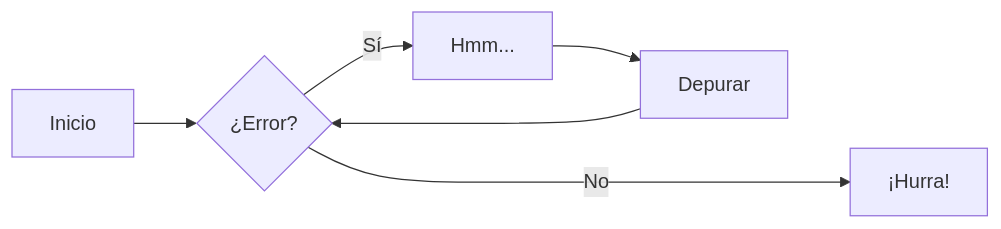
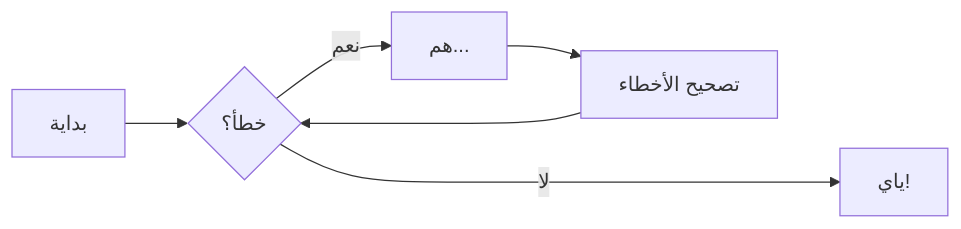
The third of 5 diagrams in docs/ar/MkDocs测试实验室.md (linyuxuanlin/Wiki_MkDocs), drawn with Mermaid before and after one commit. The commit also changed other lines of this file and 23 other files, not shown here.

````diff
--- a/docs/ar/MkDocs测试实验室.md
+++ b/docs/ar/MkDocs测试实验室.md
@@ -24,8 +24,8 @@
 ```mermaid
 graph LR
-  A[Inicio] --> B{¿Error?};
-  B -->|Sí| C[Hmm...];
-  C --> D[Depurar];
+  A[بداية] --> B{خطأ؟};
+  B -->|نعم| C[هم...];
+  C --> D[تصحيح الأخطاء];
   D --> B;
-  B ---->|No| E[¡Hurra!];
+  B ---->|لا| E[ياي!];
 ```
````
